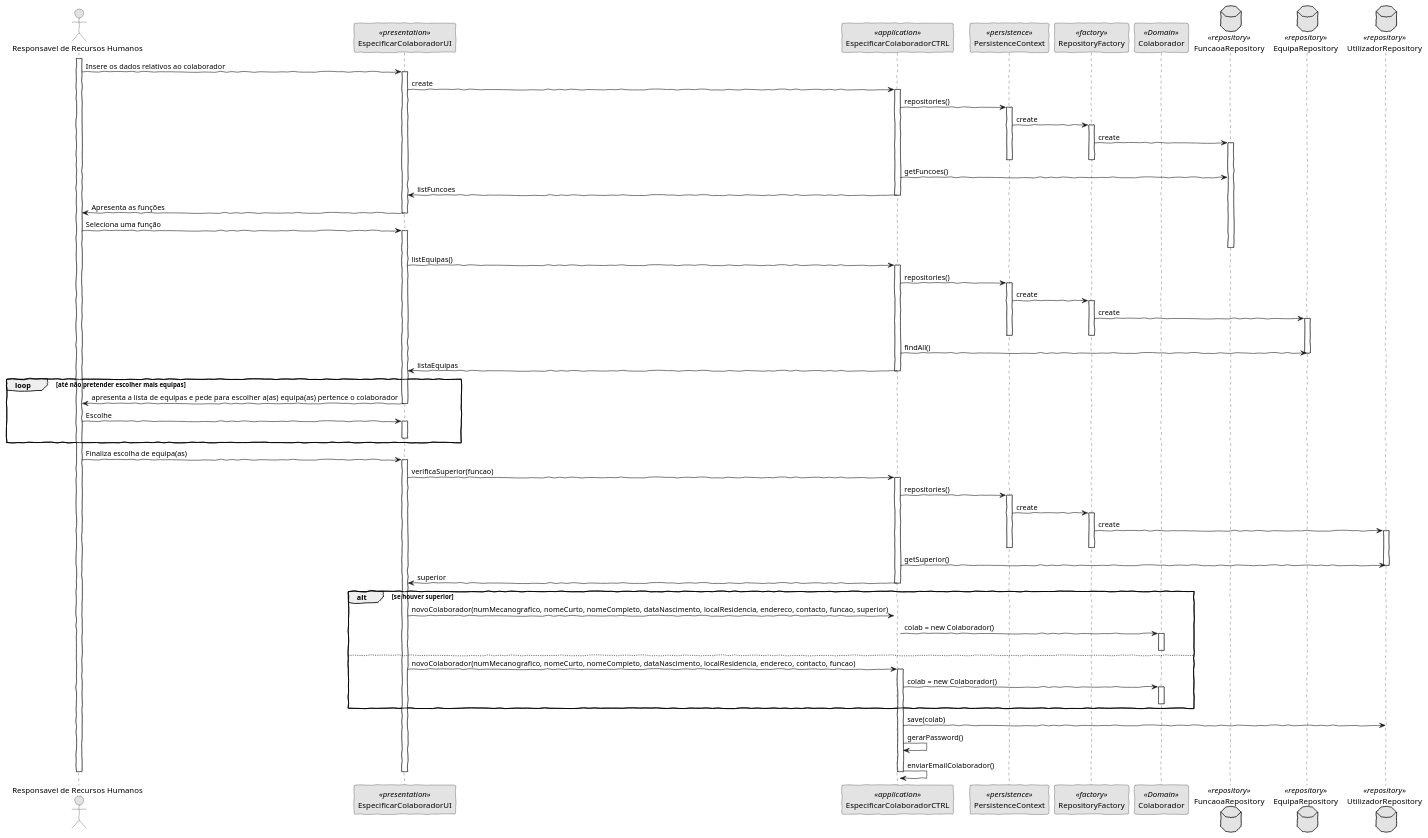
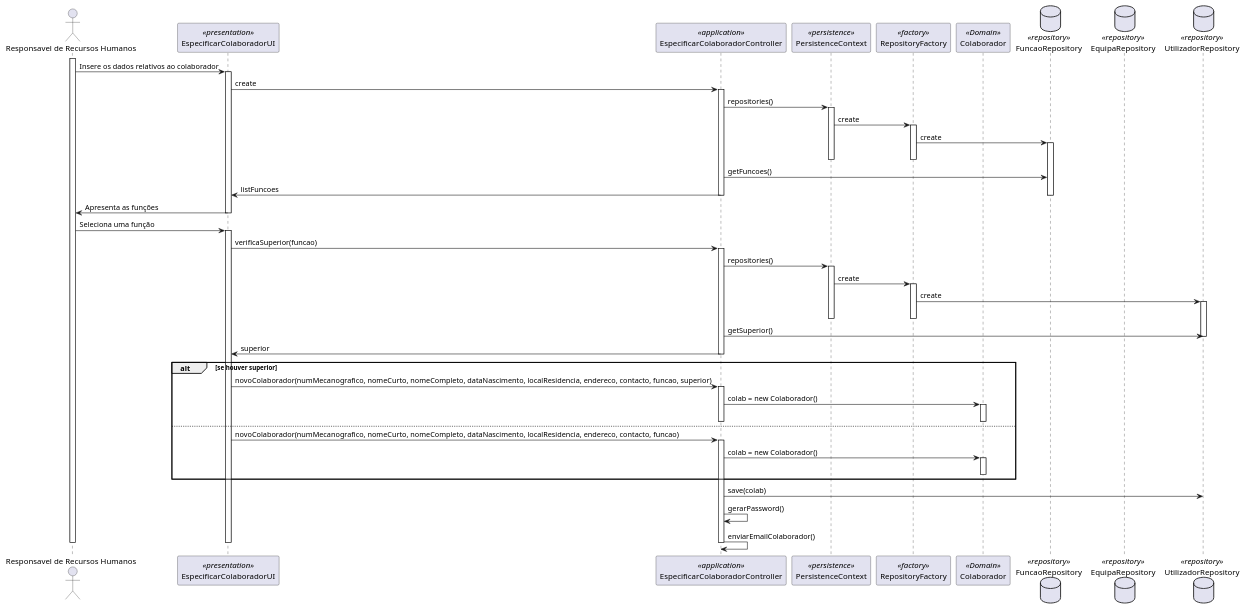
One commit to pedrolemos4/LAPR4 changed the diagram in docs/US2051/SD_Responsavel_Recursos_Humanos.puml. Above: the diagram before and after it, drawn with PlantUML. The commit also changed 1 other file, not shown here.

```diff
--- a/docs/US2051/SD_Responsavel_Recursos_Humanos.puml
+++ b/docs/US2051/SD_Responsavel_Recursos_Humanos.puml
@@ -1,102 +1,74 @@
-@startuml
-'http://plantuml.com/skinparam.html
-skinparam handwritten true
-skinparam monochrome true
-skinparam packageStyle rect
 skinparam defaultFontName FG Virgil
 skinparam shadowing false
 
 Actor "Responsavel de Recursos Humanos" as Actor
 participant EspecificarColaboradorUI as UI <<presentation>>
-participant EspecificarColaboradorCTRL as Controller <<application>>
+participant EspecificarColaboradorController as Controller <<application>>
 participant PersistenceContext as Persistence <<persistence>>
 participant RepositoryFactory as Factory <<factory>>
 participant Colaborador as Colaborador <<Domain>>
-database FuncaoaRepository as FRepository <<repository>>
+database FuncaoRepository as FRepository <<repository>>
 database EquipaRepository as ERepository <<repository>>
 database UtilizadorRepository as CRepository <<repository>>
 
 
 activate Actor
       Actor -> UI: Insere os dados relativos ao colaborador
     activate UI
       UI -> Controller: create
     activate Controller
       Controller -> Persistence: repositories()
     activate Persistence
       Persistence -> Factory: create
     activate Factory
       Factory -> FRepository: create
     activate FRepository
     deactivate Factory
     deactivate Persistence
       Controller -> FRepository: getFuncoes()
       Controller -> UI: listFuncoes
+    deactivate FRepository
     deactivate Controller
       UI -> Actor: Apresenta as funções
     deactivate UI
       Actor -> UI: Seleciona uma função
-    activate UI
-    deactivate FRepository
-       UI -> Controller: listEquipas()
-    activate Controller
-      Controller -> Persistence: repositories()
-    activate Persistence
-      Persistence -> Factory: create
-    activate Factory
-      Factory -> ERepository: create
-    activate ERepository
-    deactivate Factory
-    deactivate Persistence
-      Controller -> ERepository: findAll()
-    deactivate ERepository
-      Controller -> UI: listaEquipas
-    deactivate Controller
-    loop até não pretender escolher mais equipas
-      UI -> Actor: apresenta a lista de equipas e pede para escolher a(as) equipa(as) pertence o colaborador
-    deactivate UI
-      Actor -> UI: Escolhe
-    activate UI
-    deactivate UI
-    end
-
-      Actor -> UI: Finaliza escolha de equipa(as)
     activate UI
       UI -> Controller: verificaSuperior(funcao)
     activate Controller 
       Controller -> Persistence: repositories()
     activate Persistence
       Persistence -> Factory: create
     activate Factory
       Factory -> CRepository: create
     activate CRepository
     deactivate Factory
     deactivate Persistence
       Controller -> CRepository: getSuperior()
     deactivate CRepository
       Controller -> UI: superior
     deactivate Controller
 
     alt se houver superior
       UI -> Controller: novoColaborador(numMecanografico, nomeCurto, nomeCompleto, dataNascimento, localResidencia, endereco, contacto, funcao, superior)
     activate Controller
       Controller -> Colaborador: colab = new Colaborador()
     activate Colaborador
     deactivate Colaborador
+    deactivate Controller
     else 
       UI -> Controller: novoColaborador(numMecanografico, nomeCurto, nomeCompleto, dataNascimento, localResidencia, endereco, contacto, funcao)
     activate Controller
       Controller -> Colaborador: colab = new Colaborador()
     activate Colaborador
     deactivate Colaborador
     end
     activate CRepository
       Controller -> CRepository: save(colab)
     deactivate CRepository
       Controller -> Controller: gerarPassword() 
       Controller -> Controller: enviarEmailColaborador()
     deactivate Controller
     deactivate UI
 
 deactivate Actor
 @enduml
```
